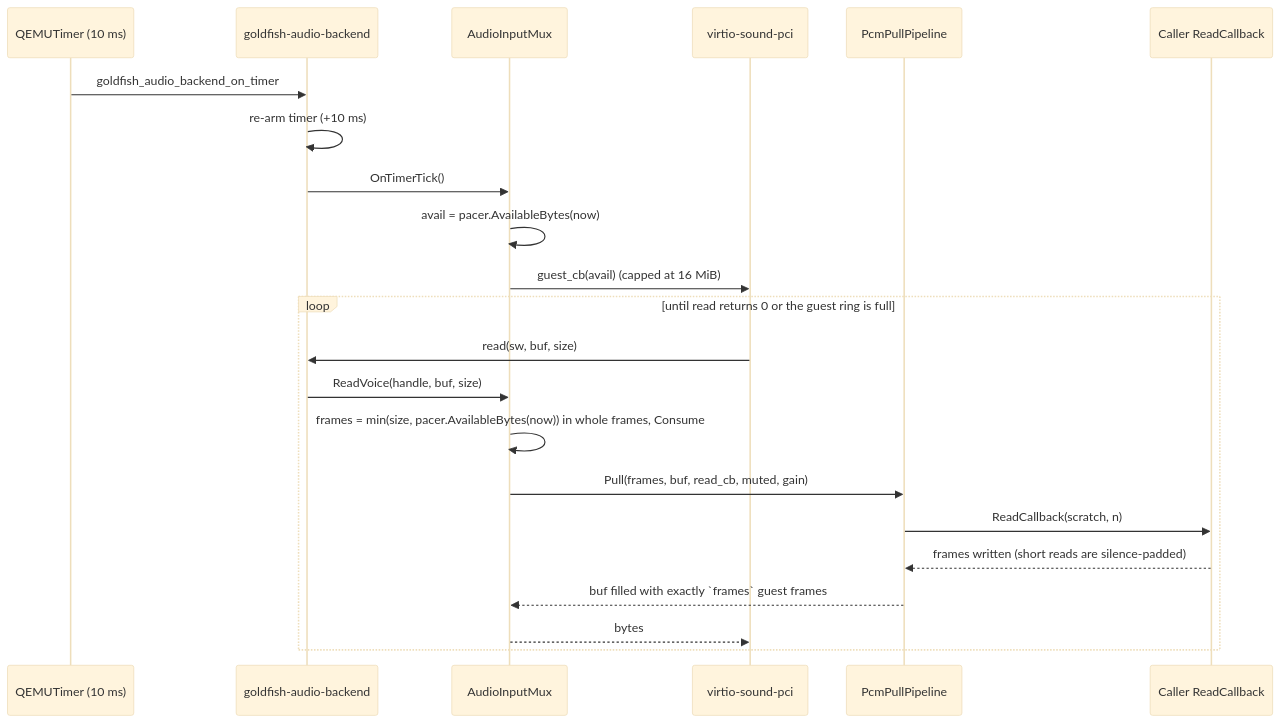
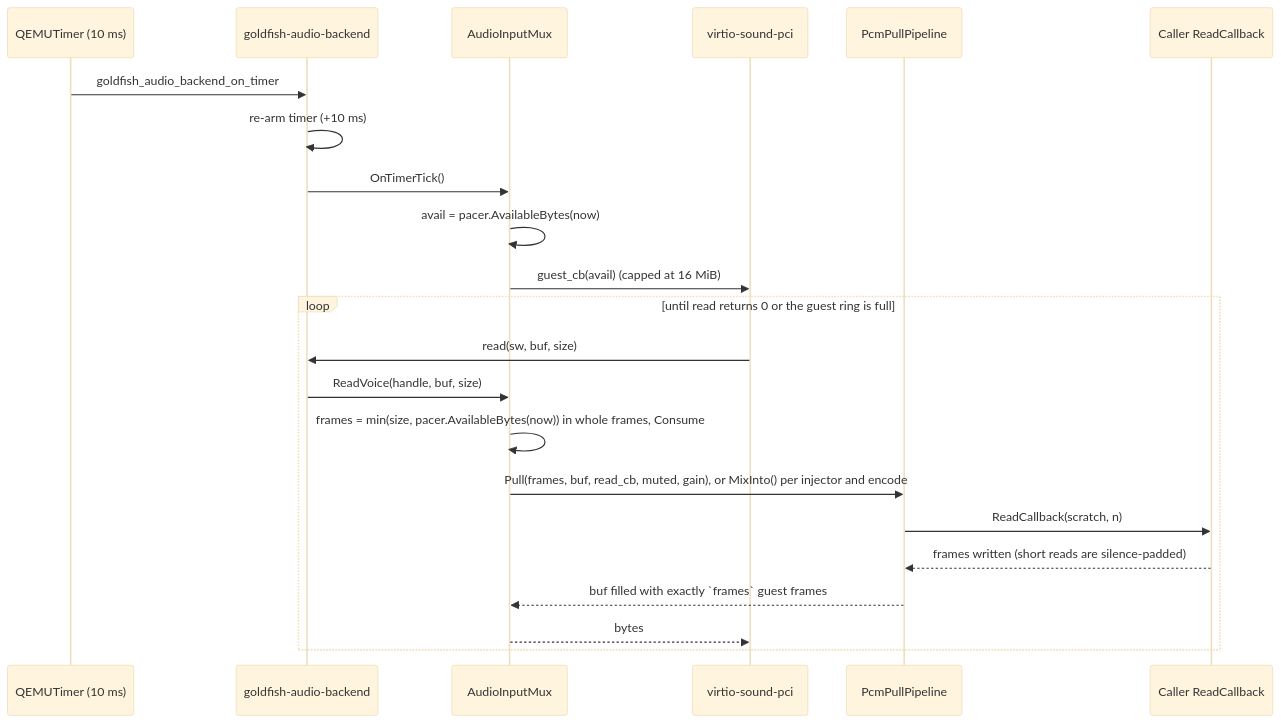
The third of 3 diagrams in emulator/plugin/audio/DESIGN.md (aosp-mirror-neo/platform_hardware_generic_goldfish), drawn with Mermaid (base theme) before and after one commit. The commit also changed other lines of this file and 15 other files, not shown here.

````diff
--- a/emulator/plugin/audio/DESIGN.md
+++ b/emulator/plugin/audio/DESIGN.md
@@ -228,25 +240,25 @@
 ```mermaid
 sequenceDiagram
     participant T as QEMUTimer (10 ms)
     participant B as goldfish-audio-backend
     participant M as AudioInputMux
     participant V as virtio-sound-pci
     participant P as PcmPullPipeline
     participant C as Caller ReadCallback
 
     T->>B: goldfish_audio_backend_on_timer
     B->>B: re-arm timer (+10 ms)
     B->>M: OnTimerTick()
     M->>M: avail = pacer.AvailableBytes(now)
     M->>V: guest_cb(avail) (capped at 16 MiB)
     loop until read returns 0 or the guest ring is full
         V->>B: read(sw, buf, size)
         B->>M: ReadVoice(handle, buf, size)
         M->>M: frames = min(size, pacer.AvailableBytes(now)) in whole frames, Consume
-        M->>P: Pull(frames, buf, read_cb, muted, gain)
+        M->>P: Pull(frames, buf, read_cb, muted, gain), or MixInto() per injector and encode
         P->>C: ReadCallback(scratch, n)
         C-->>P: frames written (short reads are silence-padded)
         P-->>M: buf filled with exactly `frames` guest frames
         M-->>V: bytes
     end
 ```
````
